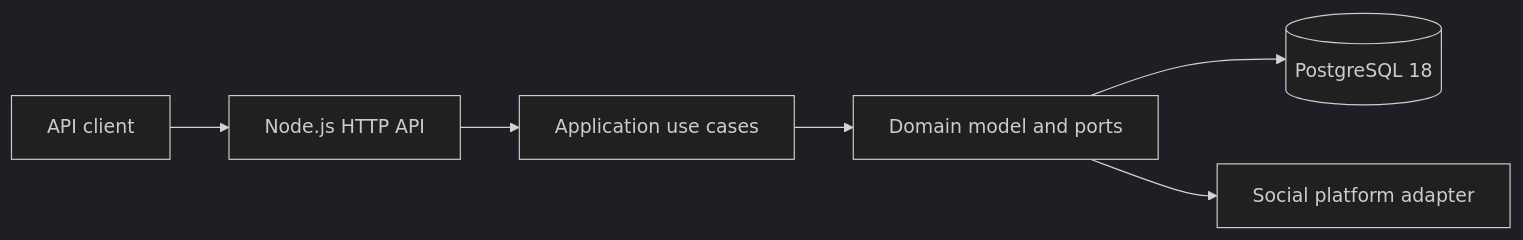
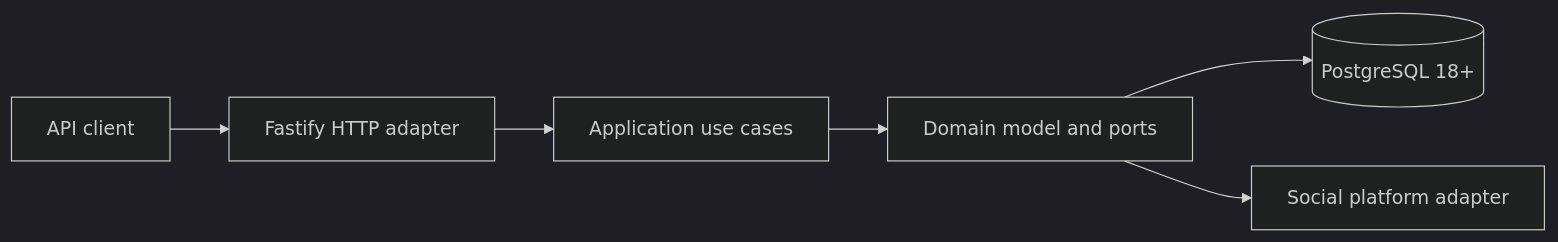
Before and after one commit to dogmator/threadbridge: the diagram in README.md, drawn with Mermaid (dark theme). The commit also changed other lines of this file and 2 other files, not shown here.

````diff
--- a/README.md
+++ b/README.md
@@ -74,15 +28,15 @@
 ```mermaid
 flowchart LR
     Client["API client"]
-    HTTP["Node.js HTTP API"]
+    HTTP["Fastify HTTP adapter"]
     UseCases["Application use cases"]
     Ports["Domain model and ports"]
-    PostgreSQL[("PostgreSQL 18")]
+    PostgreSQL[("PostgreSQL 18+")]
     Platform["Social platform adapter"]
 
     Client --> HTTP
     HTTP --> UseCases
     UseCases --> Ports
     Ports --> PostgreSQL
     Ports --> Platform
 ```
````
